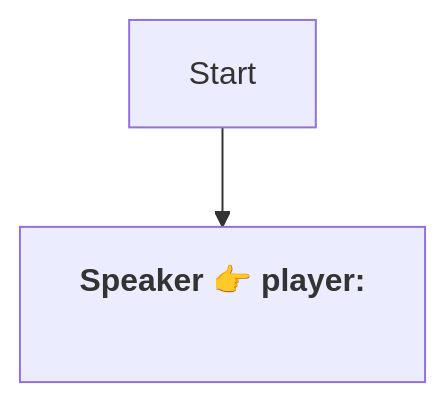
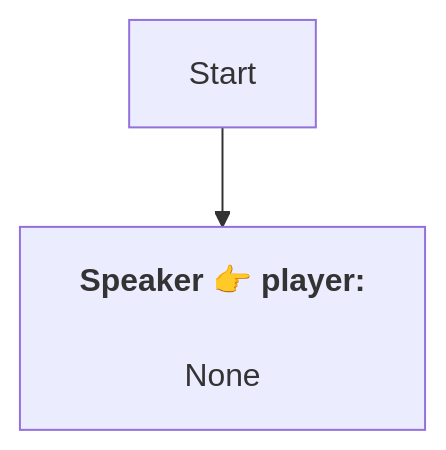
One commit to SoftHu/tos_avg changed the diagram in En/HusbandryShop.md. Above: the diagram before and after it, drawn with Mermaid. The commit also changed 730 other files, not shown here.

````diff
--- a/En/HusbandryShop.md
+++ b/En/HusbandryShop.md
@@ -1,6 +1,6 @@
 ```mermaid
 graph
 Start -->1774371825997128[<b>Speaker 👉 player:</b>
-\n]
+\nNone]
 
 ```
````
